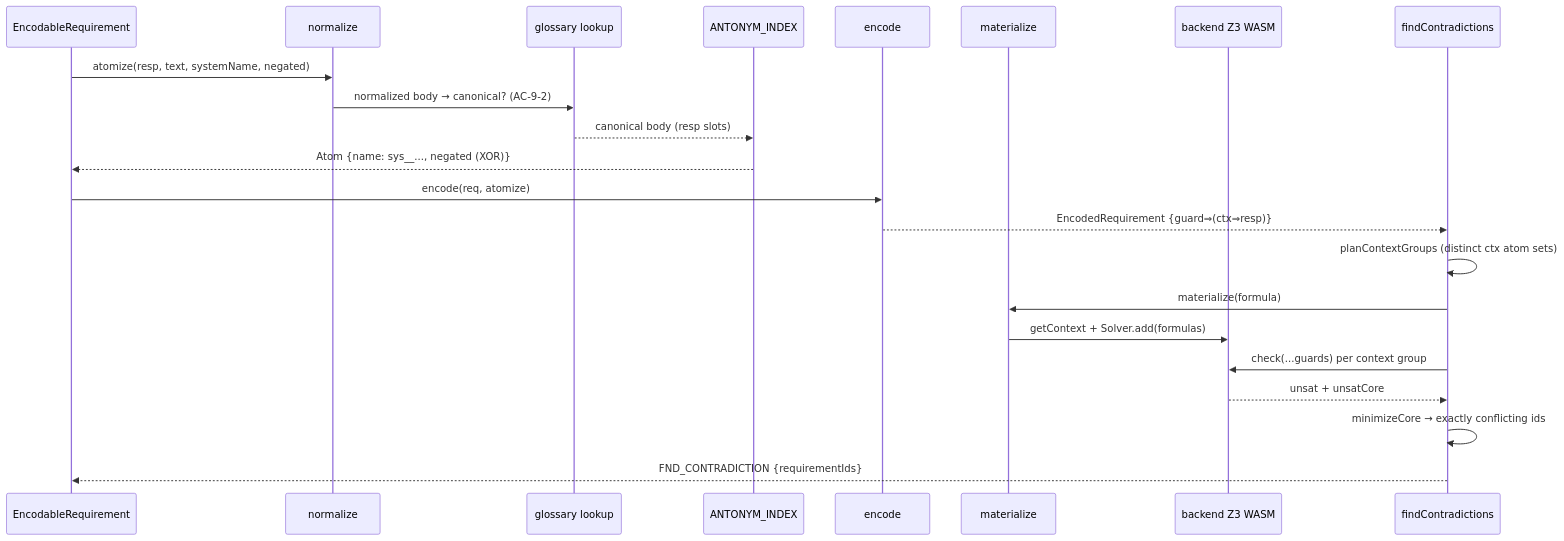
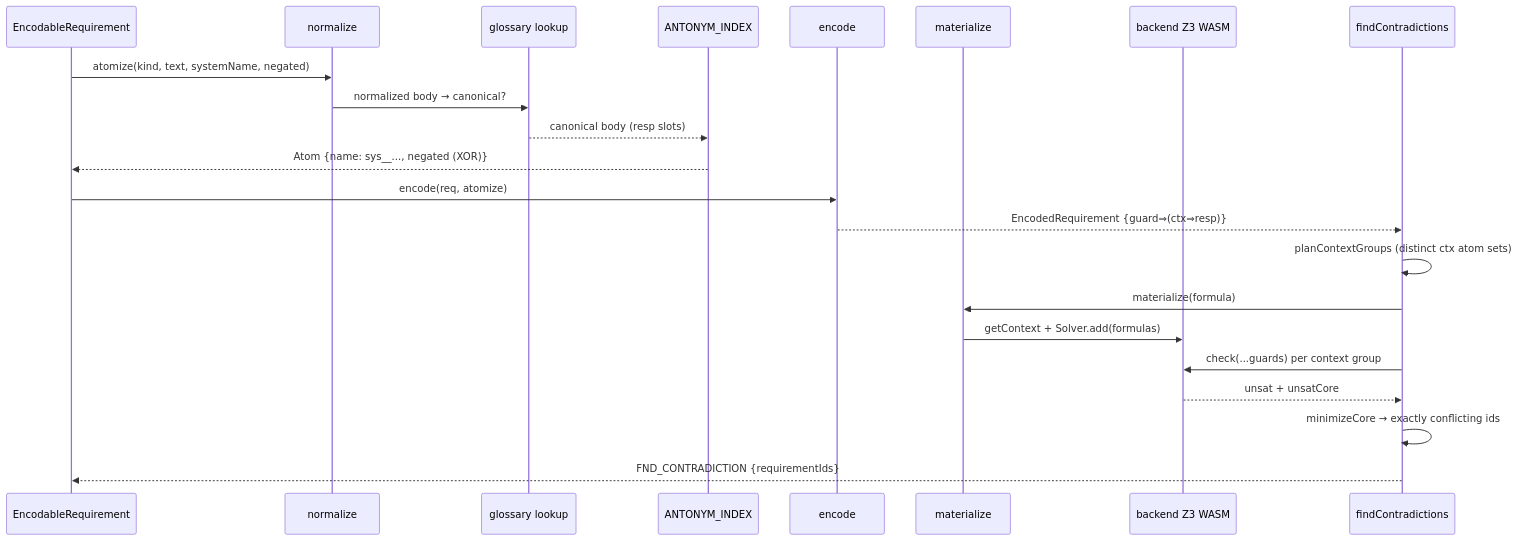
One commit to theagenticguy/symspec changed the second of 3 diagrams in docs/architecture/data-flow.md. Above: the diagram before and after it, drawn with Mermaid. The commit also changed other lines of this file and 19 other files, not shown here.

````diff
--- a/docs/architecture/data-flow.md
+++ b/docs/architecture/data-flow.md
@@ -44,24 +50,24 @@
 ```mermaid
 sequenceDiagram
     participant Req as EncodableRequirement
     participant Norm as normalize
     participant Gloss as glossary lookup
     participant Ant as ANTONYM_INDEX
     participant Enc as encode
     participant Mat as materialize
     participant Z3 as backend Z3 WASM
     participant Find as findContradictions
-    Req->>Norm: atomize(resp, text, systemName, negated)
-    Norm->>Gloss: normalized body → canonical? (AC-9-2)
+    Req->>Norm: atomize(kind, text, systemName, negated)
+    Norm->>Gloss: normalized body → canonical?
     Gloss-->>Ant: canonical body (resp slots)
     Ant-->>Req: Atom {name: sys__..., negated (XOR)}
     Req->>Enc: encode(req, atomize)
     Enc-->>Find: EncodedRequirement {guard⇒(ctx⇒resp)}
     Find->>Find: planContextGroups (distinct ctx atom sets)
     Find->>Mat: materialize(formula)
     Mat->>Z3: getContext + Solver.add(formulas)
     Find->>Z3: check(...guards) per context group
     Z3-->>Find: unsat + unsatCore
     Find->>Find: minimizeCore → exactly conflicting ids
     Find-->>Req: FND_CONTRADICTION {requirementIds}
 ```
````
